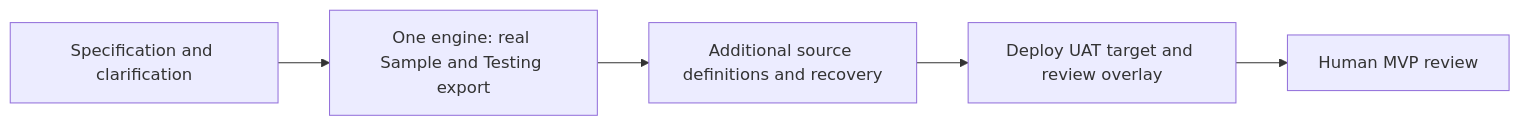
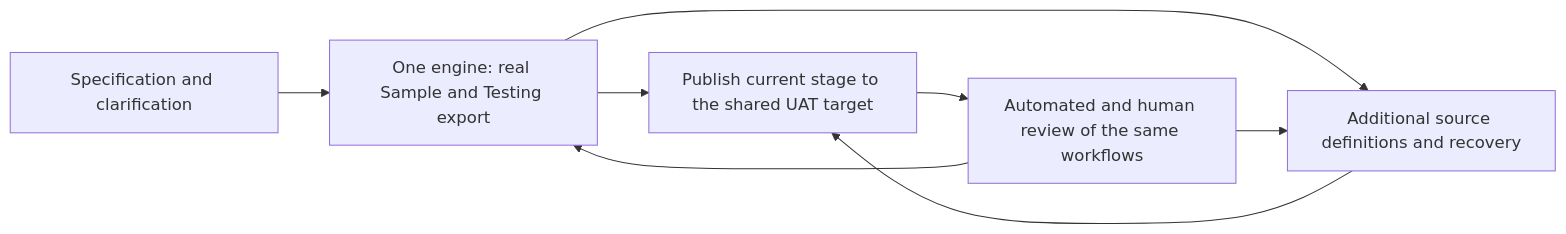
The diagram in specs/479-reporting-mvp/plan.md (CFSAN-Biostatistics/OpenELIS-Global-2-Food), drawn with Mermaid before and after one commit. The commit also changed other lines of this file and 16 other files, not shown here.

````diff
--- a/specs/479-reporting-mvp/plan.md
+++ b/specs/479-reporting-mvp/plan.md
@@ -84,7 +84,10 @@
 ```mermaid
 graph LR
     S[Specification and clarification] --> M1[One engine: real Sample and Testing export]
+    M1 --> U[Publish current stage to the shared UAT target]
     M1 --> M2[Additional source definitions and recovery]
-    M2 --> U[Deploy UAT target and review overlay]
-    U --> R[Human MVP review]
+    M2 --> U
+    U --> R[Automated and human review of the same workflows]
+    R --> M1
+    R --> M2
 ```
````
